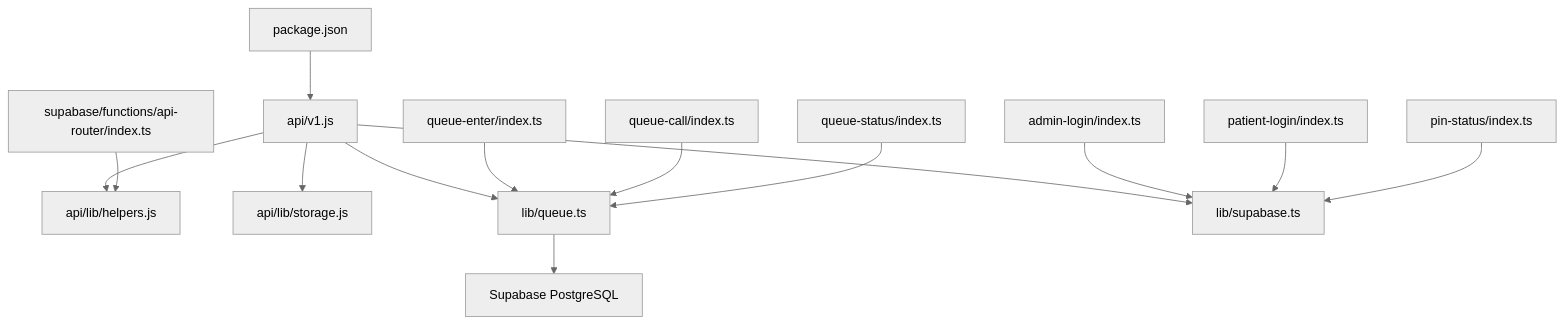
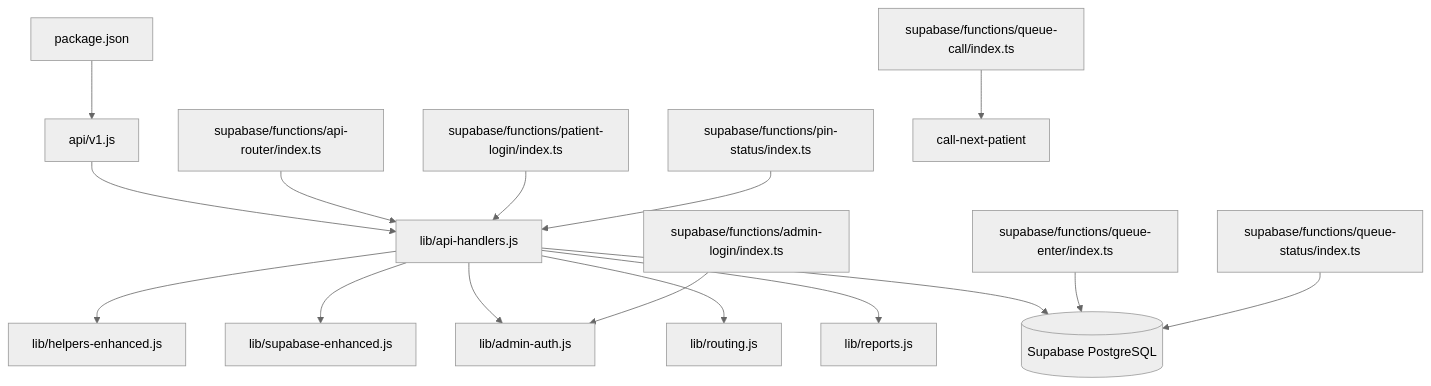
One commit to Bomussa/love-api changed the diagram in docs/diagrams/backend-architecture.md. Above: the diagram before and after it, drawn with Mermaid (neutral theme). The commit also changed other lines of this file, not shown here.

Commit message:
docs: correct backend architecture runtime paths

````diff
--- a/docs/diagrams/backend-architecture.md
+++ b/docs/diagrams/backend-architecture.md
@@ -3,16 +3,22 @@
 ```mermaid
 flowchart TB
-PKG[package.json] --> V1[api/v1.js]
-V1 --> HELPERS[api/lib/helpers.js]
-V1 --> STORAGE[api/lib/storage.js]
-V1 --> QUEUE[lib/queue.ts]
-V1 --> SUPA[lib/supabase.ts]
-ROUTER[supabase/functions/api-router/index.ts] --> HELPERS
-ADMIN[admin-login/index.ts] --> SUPA
-PATIENT[patient-login/index.ts] --> SUPA
-PIN[pin-status/index.ts] --> SUPA
-ENTER[queue-enter/index.ts] --> QUEUE
-CALL[queue-call/index.ts] --> QUEUE
-STATUS[queue-status/index.ts] --> QUEUE
-QUEUE --> DB[Supabase PostgreSQL]
+  PKG[package.json] --> V1[api/v1.js]
+  V1 --> HANDLERS[lib/api-handlers.js]
+
+  HANDLERS --> HELPERS[lib/helpers-enhanced.js]
+  HANDLERS --> SUPA[lib/supabase-enhanced.js]
+  HANDLERS --> AUTH[lib/admin-auth.js]
+  HANDLERS --> ROUTING[lib/routing.js]
+  HANDLERS --> REPORTS[lib/reports.js]
+  HANDLERS --> DB[(Supabase PostgreSQL)]
+
+  API_ROUTER[supabase/functions/api-router/index.ts] --> HANDLERS
+
+  ADMIN_LOGIN[supabase/functions/admin-login/index.ts] --> AUTH
+  PATIENT_LOGIN[supabase/functions/patient-login/index.ts] --> HANDLERS
+  PIN_STATUS[supabase/functions/pin-status/index.ts] --> HANDLERS
+
+  QUEUE_ENTER[supabase/functions/queue-enter/index.ts] --> DB
+  QUEUE_CALL[supabase/functions/queue-call/index.ts] --> CALL_NEXT[call-next-patient]
+  QUEUE_STATUS[supabase/functions/queue-status/index.ts] --> DB
 ```
````
